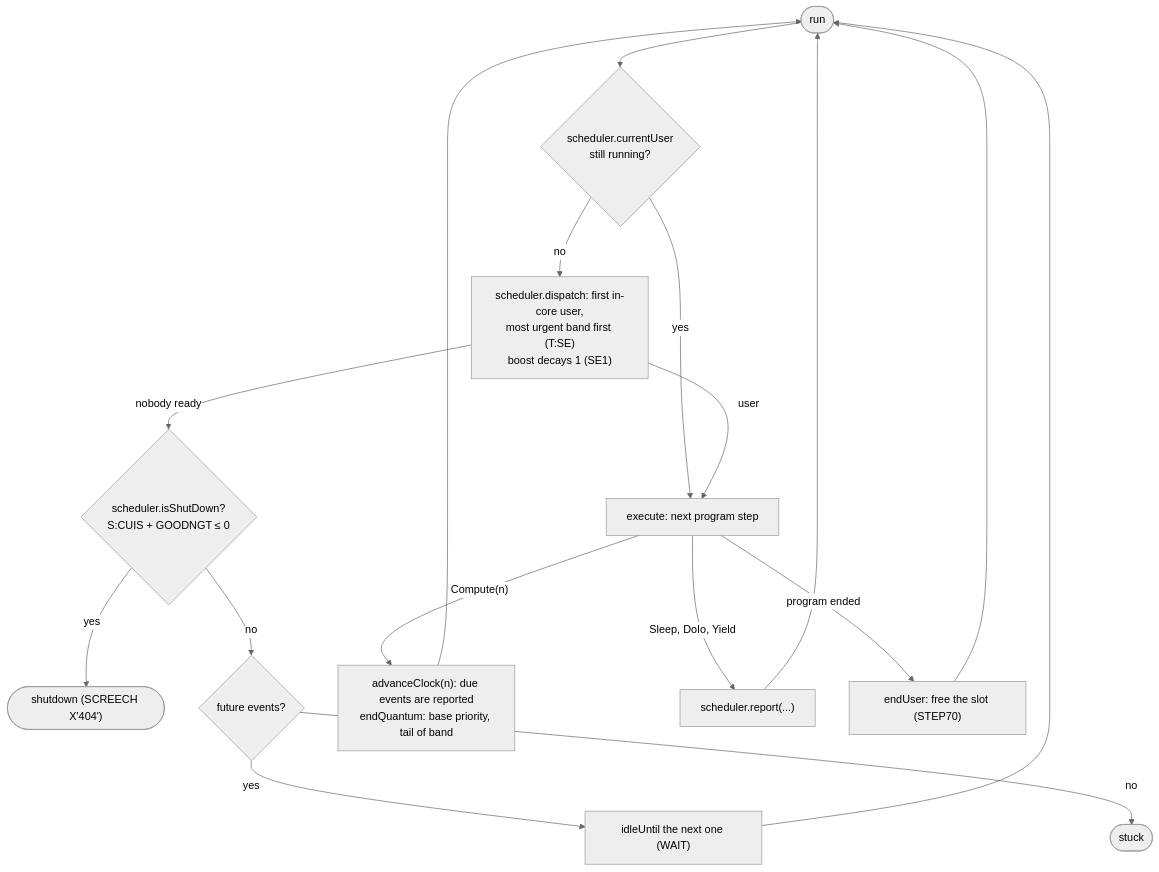
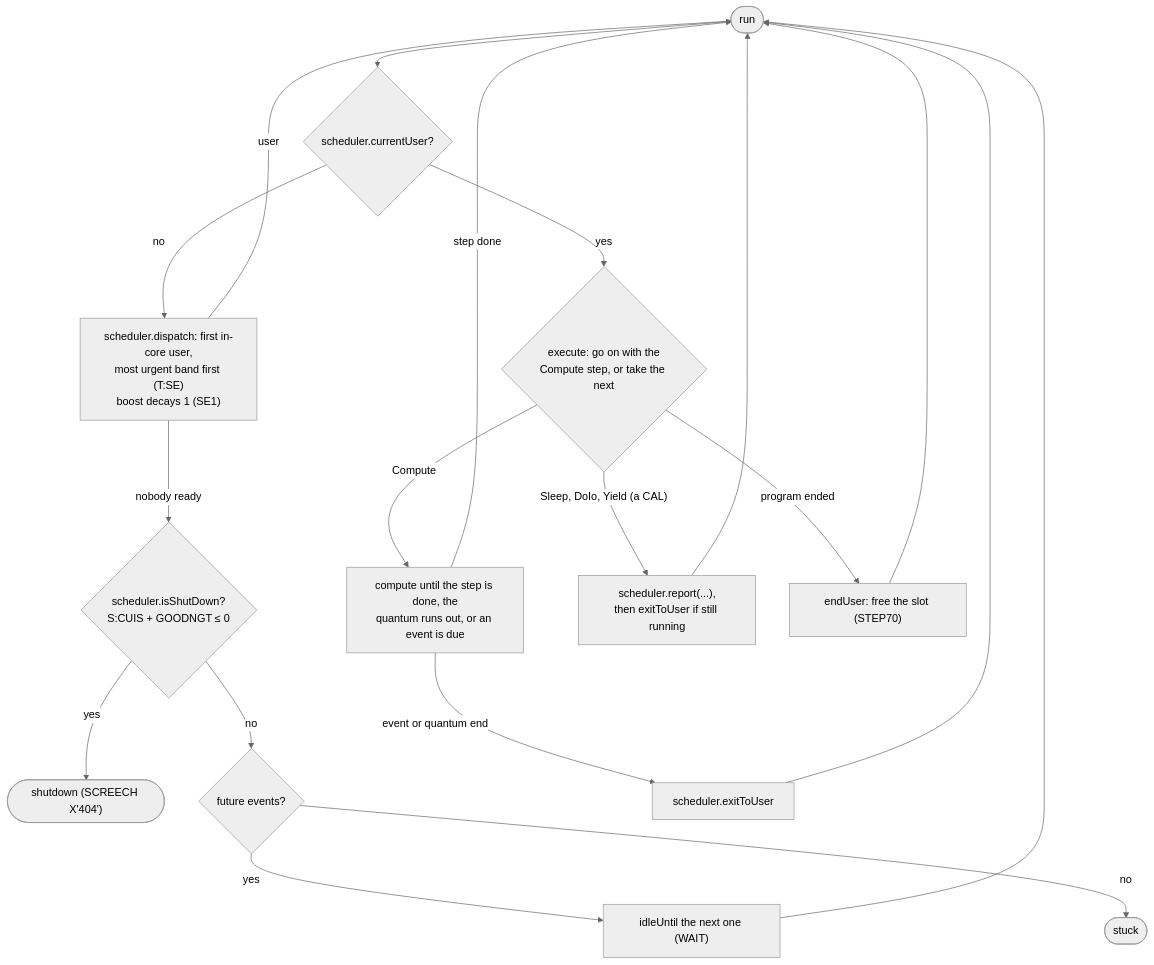
One commit to msiddalingaiah/Sigma changed the fifth of 5 diagrams in pyCP-V/C00stap/docs/model.md. Above: the diagram before and after it, drawn with Mermaid (neutral theme). The commit also changed other lines of this file and 16 other files, not shown here.

````diff
--- a/pyCP-V/C00stap/docs/model.md
+++ b/pyCP-V/C00stap/docs/model.md
@@ -196,19 +267,21 @@
 ```mermaid
 flowchart TD
-    run([run]) --> current{"scheduler.currentUser<br/>still running?"}
+    run([run]) --> current{"scheduler.currentUser?"}
     current -->|yes| execute
     current -->|no| dispatch["scheduler.dispatch: first in-core user,<br/>most urgent band first (T:SE)<br/>boost decays 1 (SE1)"]
-    dispatch -->|user| execute["execute: next program step"]
+    dispatch -->|user| run
     dispatch -->|nobody ready| check{"scheduler.isShutDown?<br/>S:CUIS + GOODNGT ≤ 0"}
     check -->|yes| shutdown(["shutdown (SCREECH X'404')"])
     check -->|no| pending{"future events?"}
     pending -->|yes| idle["idleUntil the next one (WAIT)"]
     pending -->|no| stuck(["stuck"])
     idle --> run
-    execute -->|"Compute(n)"| quantum["advanceClock(n): due events are reported<br/>endQuantum: base priority, tail of band"]
-    execute -->|"Sleep, DoIo, Yield"| report["scheduler.report(...)"]
+    execute{"execute: go on with the<br/>Compute step, or take the next"} -->|Compute| compute["compute until the step is done, the<br/>quantum runs out, or an event is due"]
+    compute -->|"event or quantum end"| exit["scheduler.exitToUser"]
+    compute -->|step done| run
+    execute -->|"Sleep, DoIo, Yield (a CAL)"| report["scheduler.report(...),<br/>then exitToUser if still running"]
     execute -->|program ended| endUser["endUser: free the slot (STEP70)"]
-    quantum --> run
+    exit --> run
     report --> run
     endUser --> run
 ```
````
